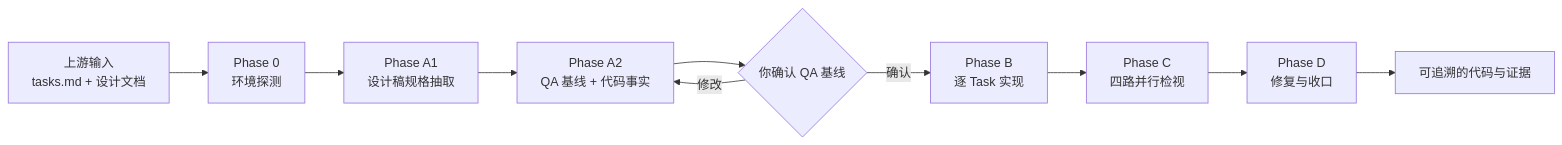
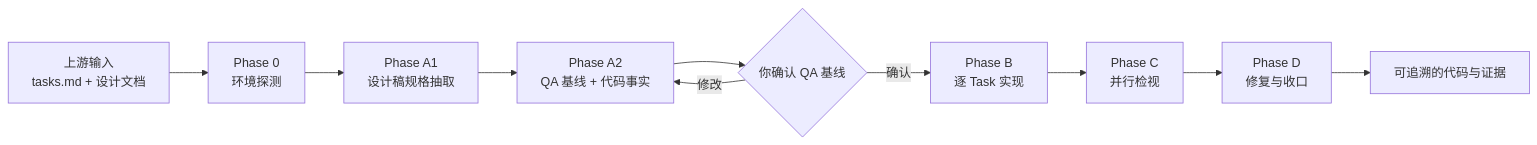
One commit to CCharlesMeng/moon-skills changed the diagram in docs/skills/sdd-dev-frontend/README.md. Above: the diagram before and after it, drawn with Mermaid. The commit also changed other lines of this file and 86 other files, not shown here.

````diff
--- a/docs/skills/sdd-dev-frontend/README.md
+++ b/docs/skills/sdd-dev-frontend/README.md
@@ -9,12 +9,12 @@
 ```mermaid
 flowchart LR
     U["上游输入<br/>tasks.md + 设计文档"] --> P0["Phase 0<br/>环境探测"]
     P0 --> A1["Phase A1<br/>设计稿规格抽取"]
     A1 --> A2["Phase A2<br/>QA 基线 + 代码事实"]
     A2 --> G{"你确认 QA 基线"}
     G -->|确认| B["Phase B<br/>逐 Task 实现"]
     G -->|修改| A2
-    B --> C["Phase C<br/>四路并行检视"]
+    B --> C["Phase C<br/>并行检视"]
     C --> D["Phase D<br/>修复与收口"]
     D --> O["可追溯的代码与证据"]
 ```
````
